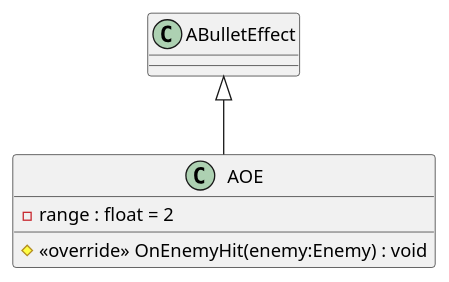
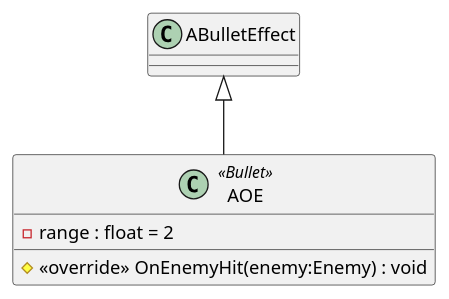
The diagram in PlantUML/BulletEffects/AOE.puml (TechnicJelle/PlanesTowerDefence), drawn with PlantUML before and after one commit. The commit also changed 28 other files, not shown here.

First line of the commit message:
Manual tweaks of the UML diagrams

```diff
--- a/PlantUML/BulletEffects/AOE.puml
+++ b/PlantUML/BulletEffects/AOE.puml
@@ -1,7 +1,7 @@
 @startuml
-class AOE {
+class AOE <<Bullet>> {
     - range : float = 2
     # <<override>> OnEnemyHit(enemy:Enemy) : void
 }
 ABulletEffect <|-- AOE
 @enduml
```
